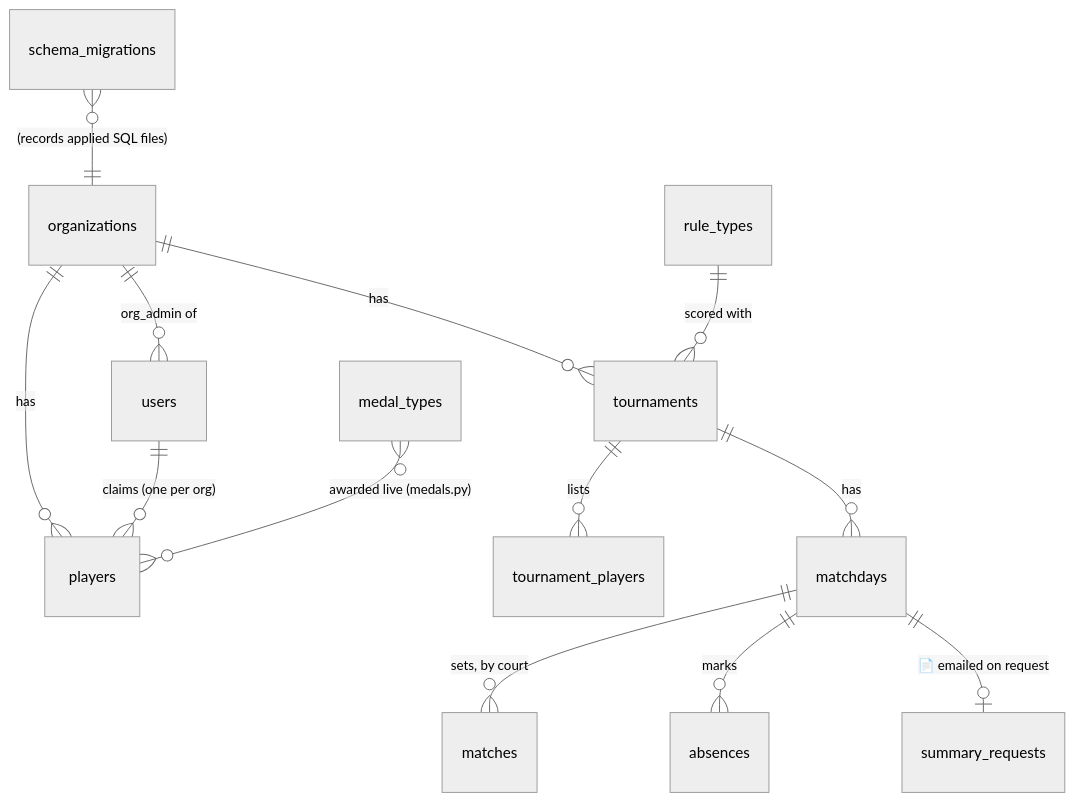
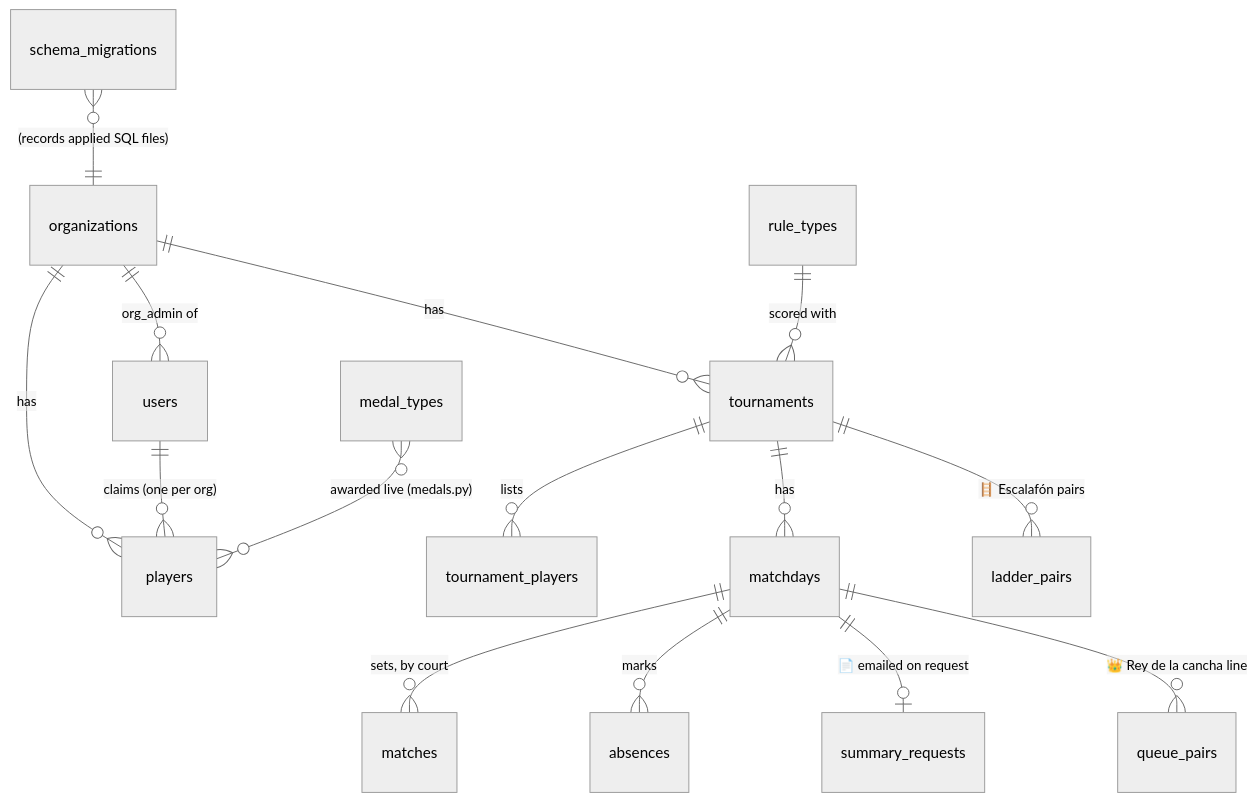
The fifth of 5 diagrams in docs/processes/ARCHITECTURE.md (Sorrycion/PadelScore), drawn with Mermaid (neutral theme) before and after one commit. The commit also changed other lines of this file and 30 other files, not shown here.

First line of the commit message:
🔄👑🪜 Retas, Rey de la cancha and Escalafón; positions chart in the PDF

````diff
--- a/docs/processes/ARCHITECTURE.md
+++ b/docs/processes/ARCHITECTURE.md
@@ -124,15 +125,17 @@
 ```mermaid
 erDiagram
     organizations ||--o{ players : has
     organizations ||--o{ tournaments : has
     organizations ||--o{ users : "org_admin of"
     users ||--o{ players : "claims (one per org)"
     rule_types ||--o{ tournaments : "scored with"
     tournaments ||--o{ tournament_players : lists
     tournaments ||--o{ matchdays : has
     matchdays ||--o{ matches : "sets, by court"
     matchdays ||--o{ absences : marks
     medal_types }o--o{ players : "awarded live (medals.py)"
     matchdays ||--o| summary_requests : "📄 emailed on request"
+    tournaments ||--o{ ladder_pairs : "🪜 Escalafón pairs"
+    matchdays ||--o{ queue_pairs : "👑 Rey de la cancha line"
     schema_migrations }o--|| organizations : "(records applied SQL files)"
 ```
````
